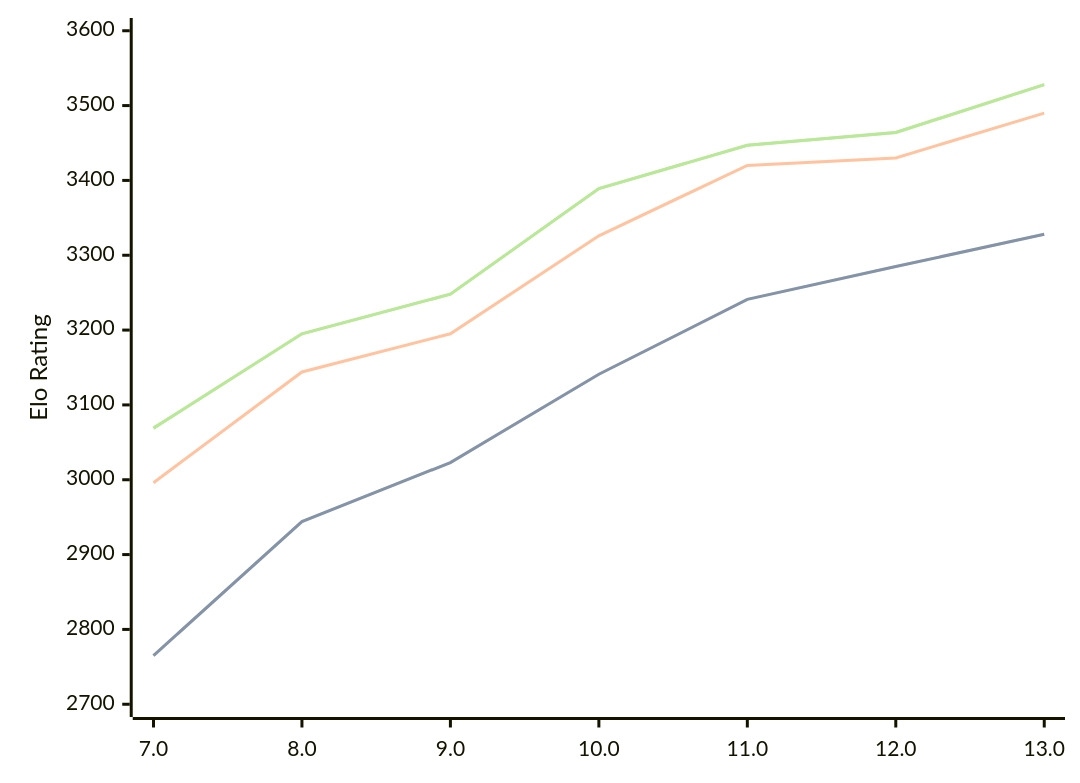
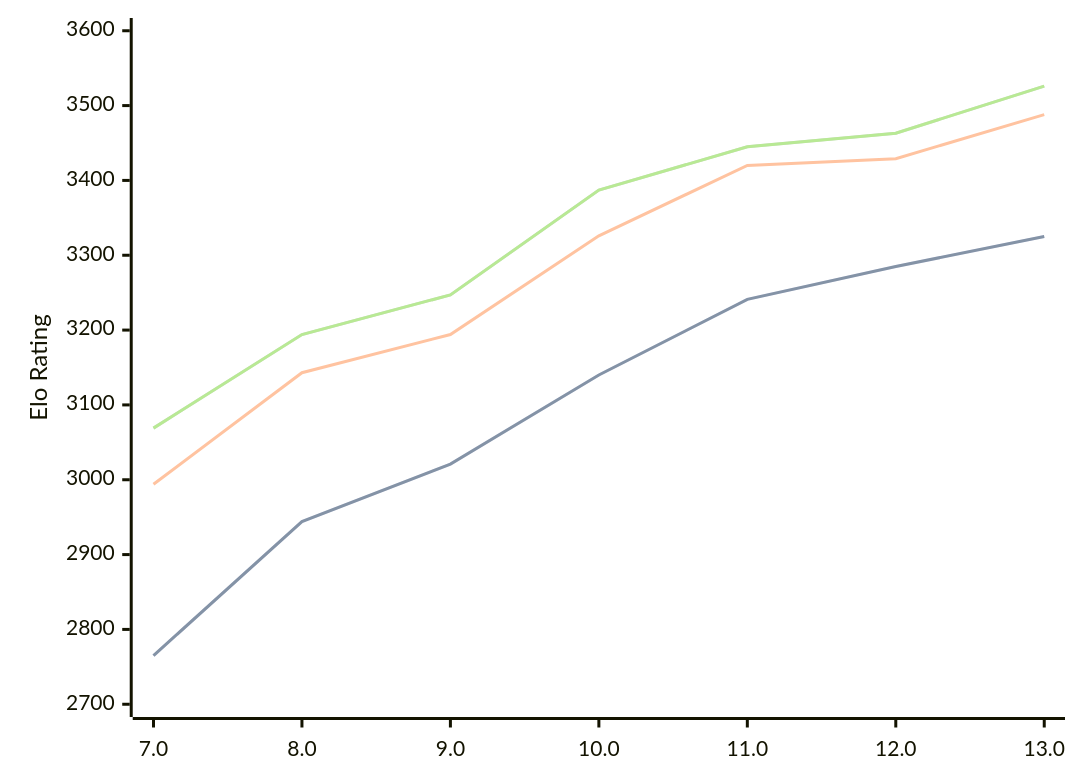
Before and after one commit to computer-chess-index/cci: the diagram in engines/Tcheran.md, drawn with Mermaid. The commit also changed other lines of this file, not shown here.

Commit message:
Update CCI Ratings (ELO VLTC) - 2026-09-01

````diff
--- a/engines/Tcheran.md
+++ b/engines/Tcheran.md
@@ -37,11 +37,11 @@
 ```mermaid
 %%{init: {"theme":"base","themeVariables":{"seriesColors:['#a3a3a3','#222221','#faa371']}}}%%
 xychart-beta
   x-axis ["7.0", "8.0", "9.0", "10.0", "11.0", "12.0", "13.0"]
   y-axis "Elo Rating" 2700 --> 3600
-  line "" [2765, 2944, 3023, 3141, 3241, 3285, 3328]
-  line "STC (8.0+0.08s)" [2765, 2944, 3023, 3141, 3241, 3285, 3328]
-  line "LTC (60.0+0.60s)" [2996, 3144, 3195, 3326, 3420, 3430, 3490]
-  line "" [3069, 3195, 3248, 3389, 3447, 3464, 3528]
-  line "VLTC (2m24s+1.12s)" [3069, 3195, 3248, 3389, 3447, 3464, 3528]
+  line "" [2765, 2944, 3021, 3140, 3241, 3285, 3325]
+  line "STC (8.0+0.08s)" [2765, 2944, 3021, 3140, 3241, 3285, 3325]
+  line "LTC (60.0+0.60s)" [2994, 3143, 3194, 3326, 3420, 3429, 3488]
+  line "" [3069, 3194, 3247, 3387, 3445, 3463, 3526]
+  line "VLTC (2m24s+1.12s)" [3069, 3194, 3247, 3387, 3445, 3463, 3526]
 ```
````
